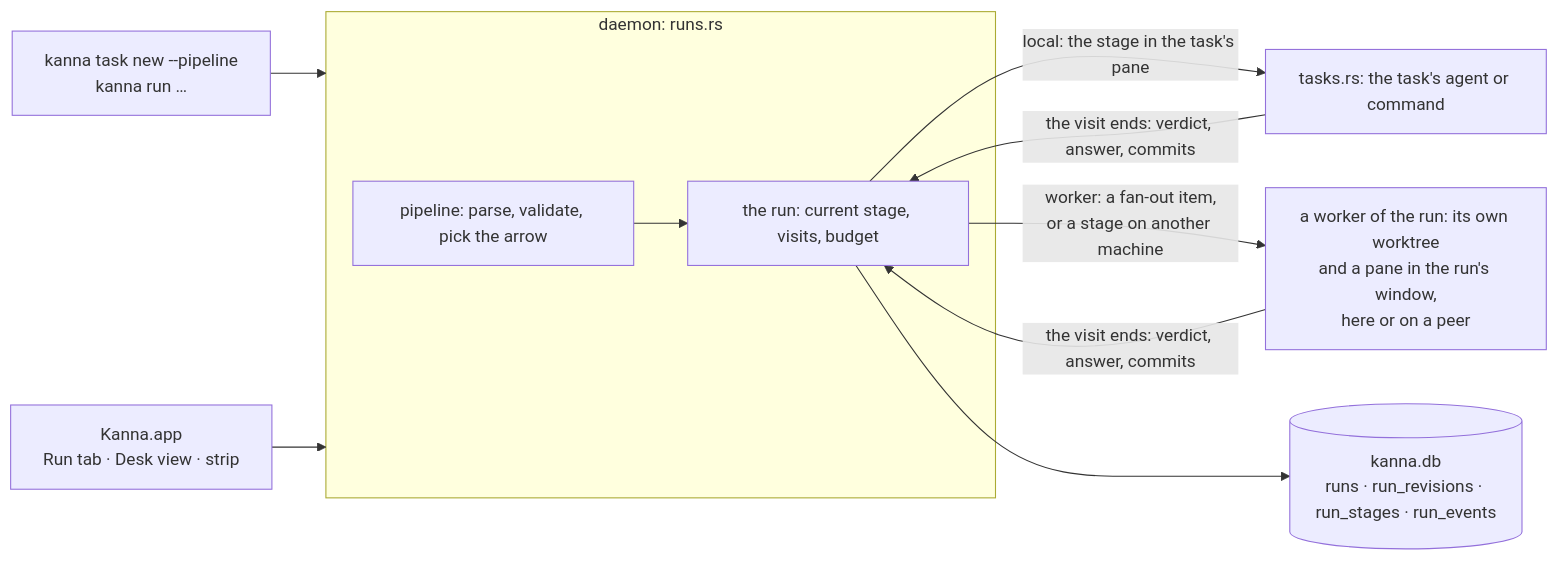
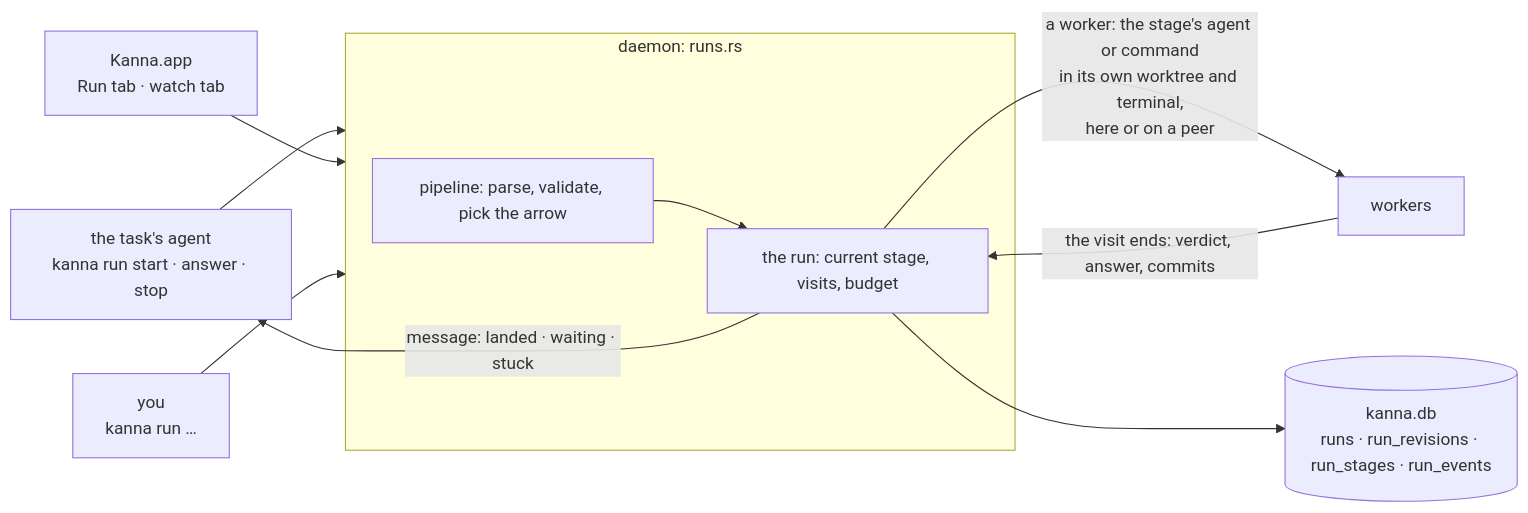
The second of 4 diagrams in docs/specs/software-factory.md (tampopogk/kanna), drawn with Mermaid before and after one commit. The commit also changed other lines of this file and 8 other files, not shown here.

````diff
--- a/docs/specs/software-factory.md
+++ b/docs/specs/software-factory.md
@@ -47,14 +47,15 @@
 ```mermaid
 flowchart LR
-    CLI["kanna task new --pipeline<br/>kanna run …"] --> D
-    APP["Kanna.app<br/>Run tab · Desk view · strip"] --> D
+    A["the task's agent<br/>kanna run start · answer · stop"] --> D
+    APP["Kanna.app<br/>Run tab · watch tab"] --> D
+    U["you<br/>kanna run …"] --> D
     subgraph D["daemon: runs.rs"]
         PIPE["pipeline: parse, validate, pick the arrow"]
         RUN["the run: current stage, visits, budget"]
         PIPE --> RUN
     end
-    RUN -->|"local: the stage in the task's pane"| T["tasks.rs: the task's agent or command"]
-    RUN -->|"worker: a fan-out item,<br/>or a stage on another machine"| C["a worker of the run: its own worktree<br/>and a pane in the run's window,<br/>here or on a peer"]
-    T & C -->|"the visit ends: verdict, answer, commits"| RUN
+    RUN -->|"a worker: the stage's agent or command<br/>in its own worktree and terminal,<br/>here or on a peer"| W["workers"]
+    W -->|"the visit ends: verdict, answer, commits"| RUN
+    RUN -->|"message: landed · waiting · stuck"| A
     RUN --> DB[("kanna.db<br/>runs · run_revisions · run_stages · run_events")]
 ```
````
